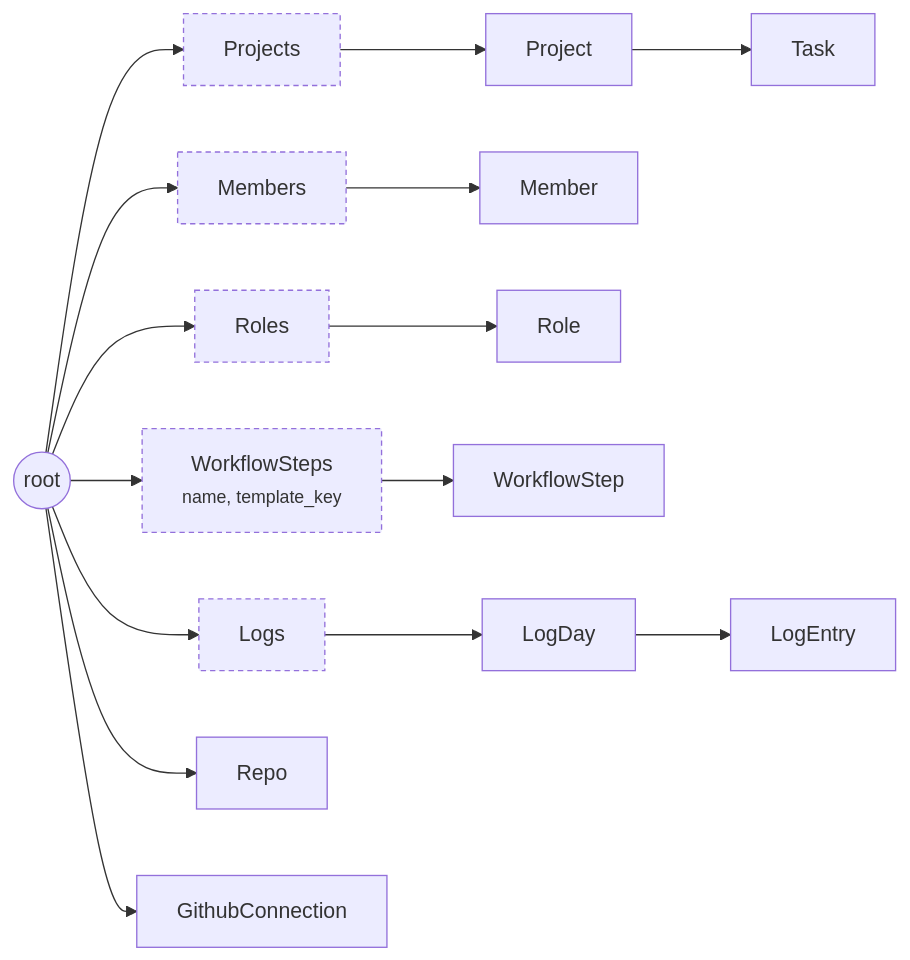
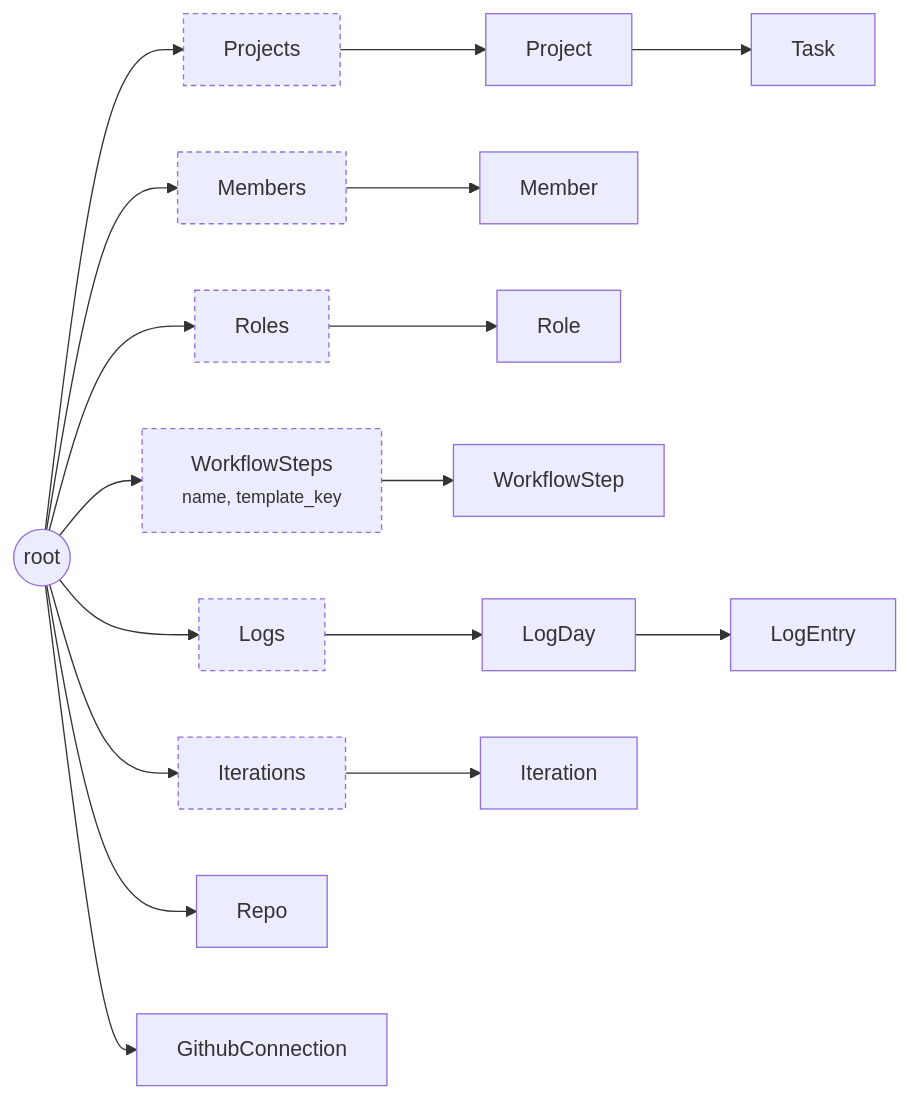
Before and after one commit to kashmithnisakya/flowline: the first of 2 diagrams in docs/content/concepts/data-graph.md, drawn with Mermaid. The commit also changed other lines of this file and 18 other files, not shown here.

First line of the commit message:
Docs: iterations and roadmap, checklists, task history, issue reopen

````diff
--- a/docs/content/concepts/data-graph.md
+++ b/docs/content/concepts/data-graph.md
@@ -14,14 +14,15 @@
 ```mermaid
 flowchart LR
     root(("root"))
     root --> projects["Projects"] --> project["Project"] --> task["Task"]
     root --> members["Members"] --> member["Member"]
     root --> roles["Roles"] --> role["Role"]
     root --> steps["WorkflowSteps<br/><small>name, template_key</small>"] --> step["WorkflowStep"]
     root --> logs["Logs"] --> day["LogDay"] --> entry["LogEntry"]
+    root --> iterations["Iterations"] --> iteration["Iteration"]
     root --> repo["Repo"]
     root --> conn["GithubConnection"]
 
     classDef box stroke-dasharray:4 3
-    class projects,members,roles,steps,logs box
+    class projects,members,roles,steps,logs,iterations box
 ```
````
